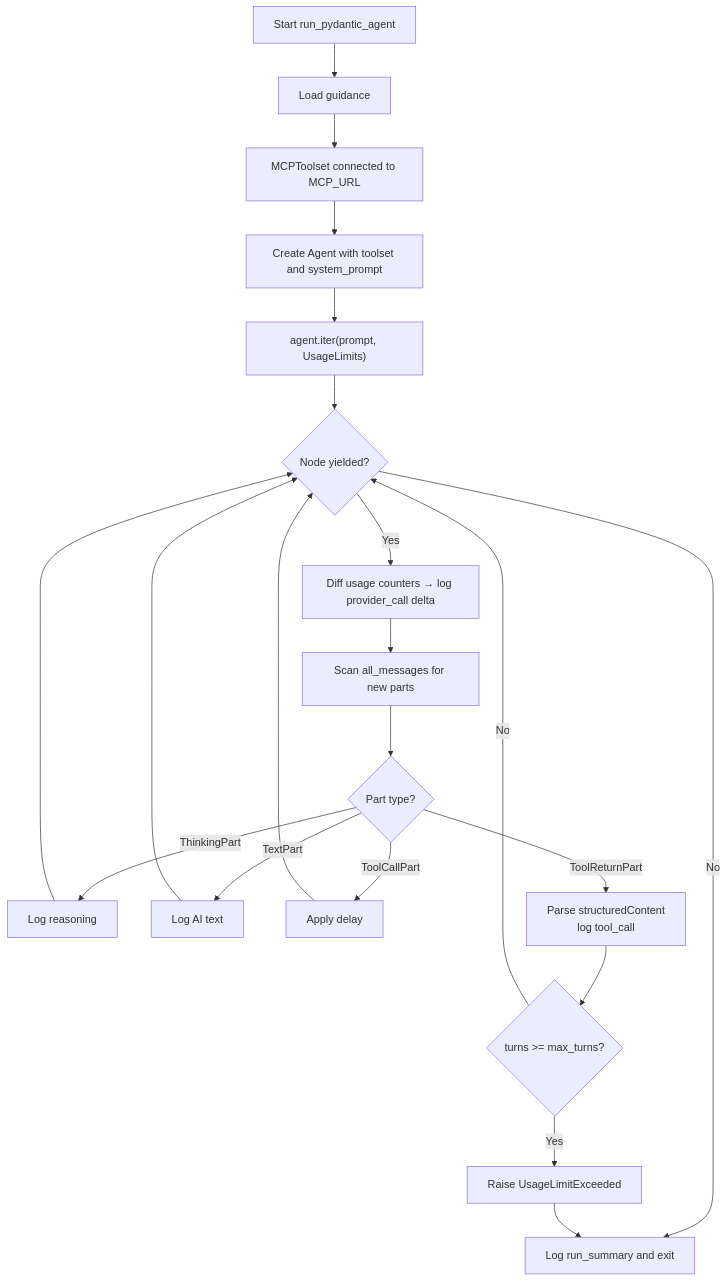
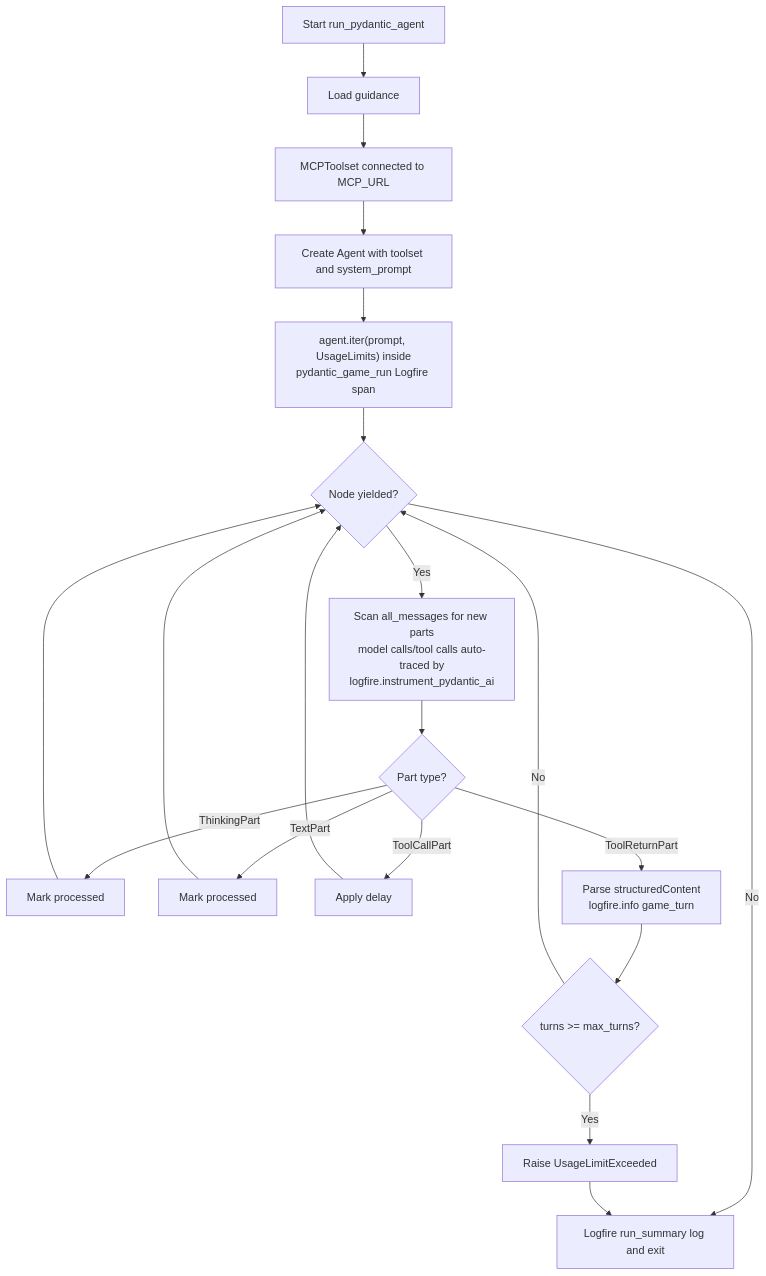
One commit to mdfranz/vibepascal changed the second of 4 diagrams in packages/FLOW.md. Above: the diagram before and after it, drawn with Mermaid. The commit also changed other lines of this file and 12 other files, not shown here.

First line of the commit message:
feat: integrate Logfire observability, harden error handling & fix MCP server game-over error reporting

````diff
--- a/packages/FLOW.md
+++ b/packages/FLOW.md
@@ -100,23 +100,22 @@
 ```mermaid
 flowchart TD
     A[Start run_pydantic_agent] --> B[Load guidance]
     B --> C[MCPToolset connected to MCP_URL]
     C --> D[Create Agent with toolset and system_prompt]
-    D --> E["agent.iter(prompt, UsageLimits)"]
+    D --> E["agent.iter(prompt, UsageLimits) inside\npydantic_game_run Logfire span"]
     E --> F{Node yielded?}
-    F -- No --> Z[Log run_summary and exit]
-    F -- Yes --> G[Diff usage counters → log provider_call delta]
-    G --> H[Scan all_messages for new parts]
+    F -- No --> Z[Logfire run_summary log and exit]
+    F -- Yes --> H[Scan all_messages for new parts\nmodel calls/tool calls auto-traced by\nlogfire.instrument_pydantic_ai]
     H --> I{Part type?}
-    I -- ThinkingPart --> J[Log reasoning]
-    I -- TextPart --> K[Log AI text]
+    I -- ThinkingPart --> J[Mark processed]
+    I -- TextPart --> K[Mark processed]
     I -- ToolCallPart --> L[Apply delay]
-    I -- ToolReturnPart --> M[Parse structuredContent\nlog tool_call]
+    I -- ToolReturnPart --> M[Parse structuredContent\nlogfire.info game_turn]
     M --> N{turns >= max_turns?}
     N -- Yes --> O[Raise UsageLimitExceeded]
     N -- No --> F
     J --> F
     K --> F
     L --> F
     O --> Z
 ```
````
